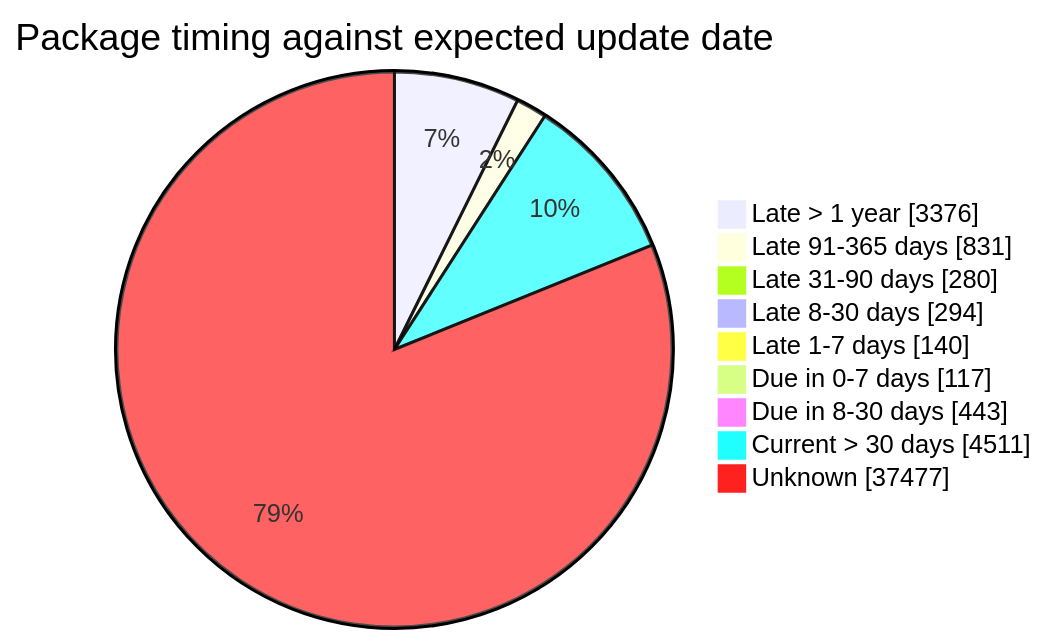
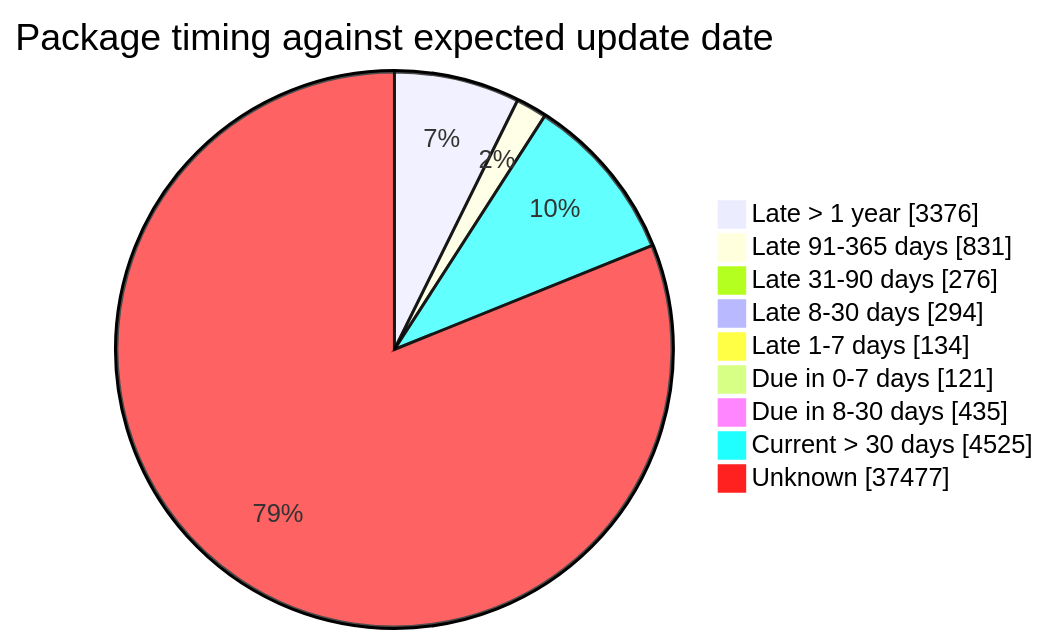
The fourth of 5 diagrams in FreshCheck/README.md (open-data/analytics-corporate-reporting), drawn with Mermaid before and after one commit. The commit also changed other lines of this file and 3 other files, not shown here.

````diff
--- a/FreshCheck/README.md
+++ b/FreshCheck/README.md
@@ -87,12 +87,12 @@
 ```mermaid
 pie showData title Package timing against expected update date
     "Late > 1 year": 3376
     "Late 91-365 days": 831
-    "Late 31-90 days": 280
+    "Late 31-90 days": 276
     "Late 8-30 days": 294
-    "Late 1-7 days": 140
-    "Due in 0-7 days": 117
-    "Due in 8-30 days": 443
-    "Current > 30 days": 4511
+    "Late 1-7 days": 134
+    "Due in 0-7 days": 121
+    "Due in 8-30 days": 435
+    "Current > 30 days": 4525
     "Unknown": 37477
 ```
````
